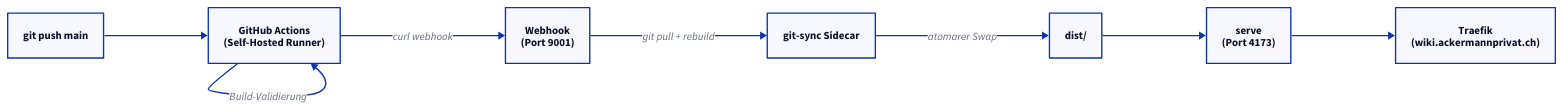
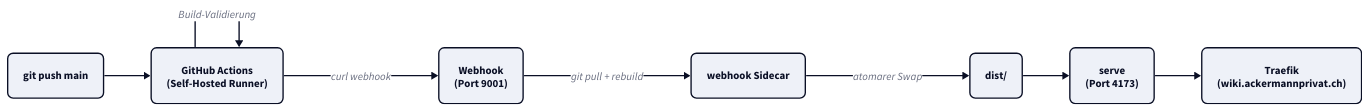
Before and after one commit to derever-labs/homelab-wiki: the diagram in docs/vitepress-wiki/index.md, drawn with D2. The commit also changed other lines of this file and 109 other files, not shown here.

````diff
--- a/docs/vitepress-wiki/index.md
+++ b/docs/vitepress-wiki/index.md
@@ -26,19 +29,31 @@
 ```d2
+vars: {
+  d2-config: {
+    theme-id: 1
+    layout-engine: elk
+  }
+}
 direction: right
 
-Push: git push main
-GHA: "GitHub Actions\n(Self-Hosted Runner)"
-WH: "Webhook\n(Port 9001)"
-Sync: git-sync Sidecar
-Dist: dist/
-Serve: "serve\n(Port 4173)"
-Traefik: "Traefik\n(wiki.ackermannprivat.ch)"
+classes: {
+  node: {
+    style: { border-radius: 8 }
+  }
+}
+
+Push: git push main { class: node }
+GHA: "GitHub Actions\n(Self-Hosted Runner)" { class: node }
+WH: "Webhook\n(Port 9001)" { class: node }
+Sync: webhook Sidecar { class: node }
+Dist: dist/ { class: node }
+Serve: "serve\n(Port 4173)" { class: node }
+Traefik: "Traefik\n(wiki.ackermannprivat.ch)" { class: node }
 
 Push -> GHA
 GHA -> GHA: Build-Validierung
 GHA -> WH: curl webhook
 WH -> Sync: git pull + rebuild
 Sync -> Dist: atomarer Swap
 Dist -> Serve
 Serve -> Traefik
 ```
````
